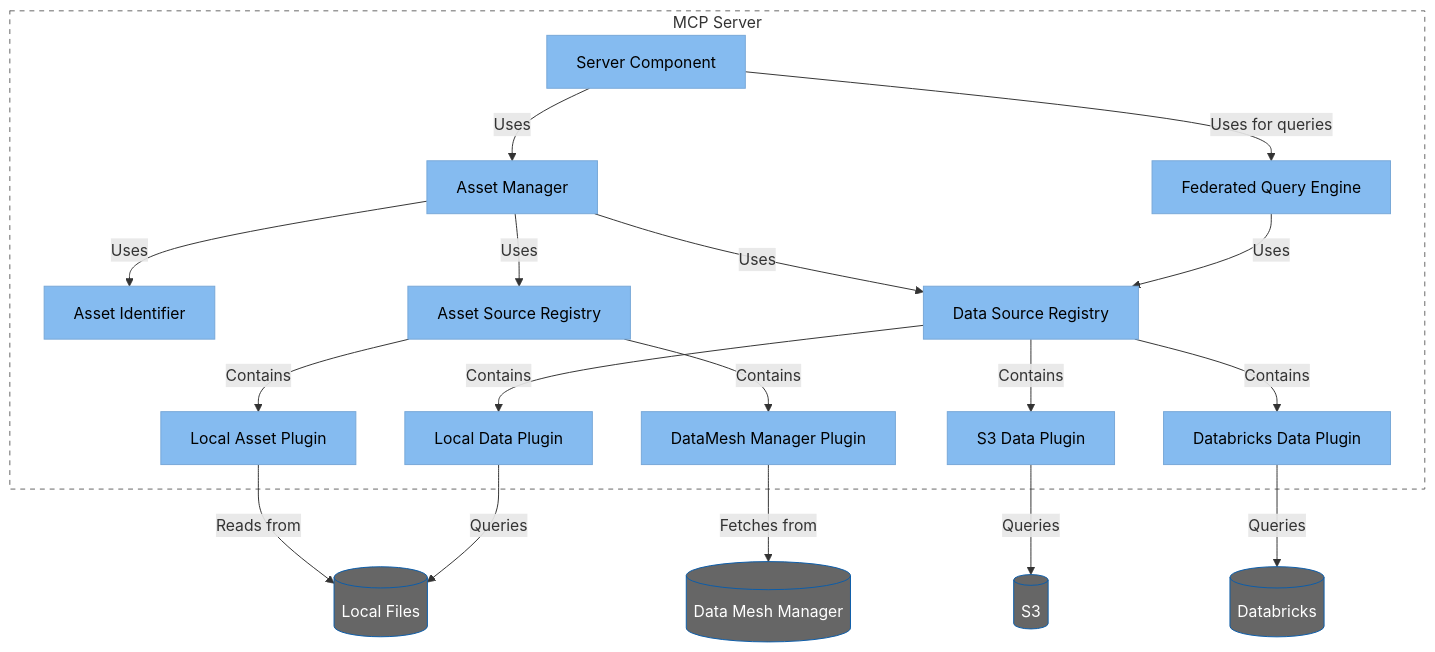
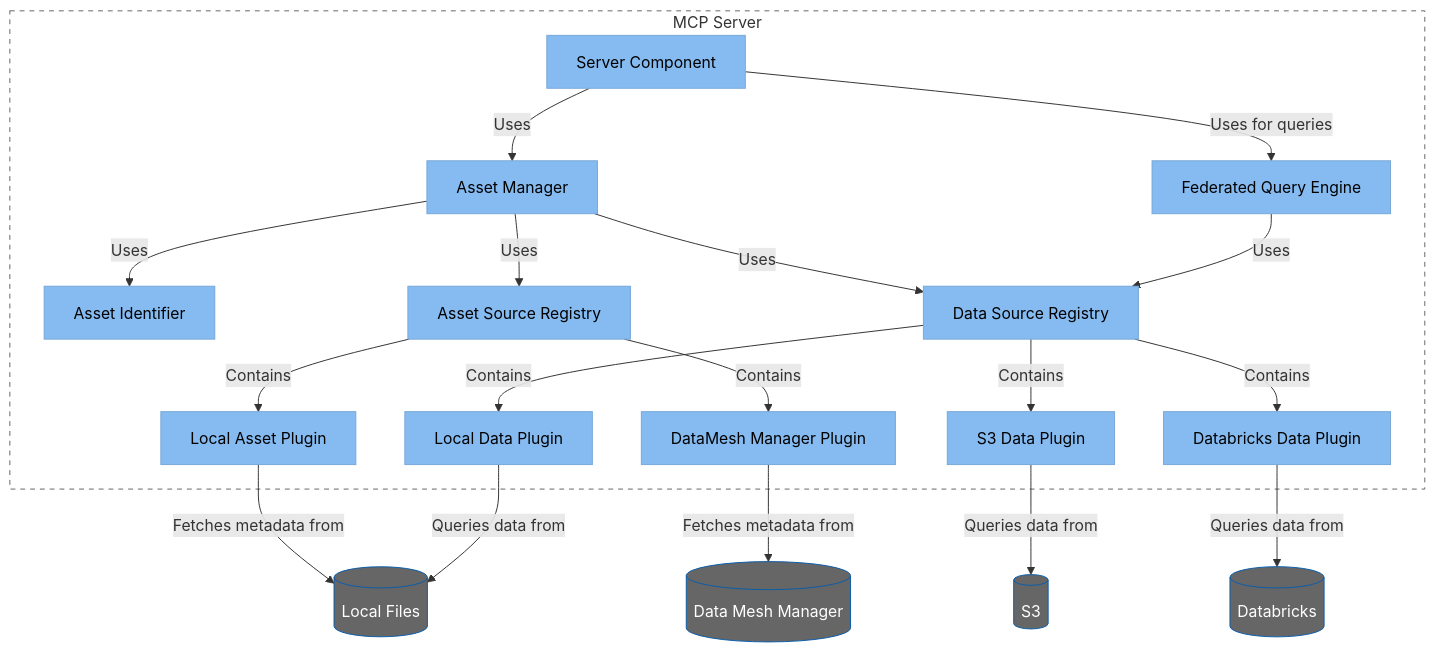
One commit to datacontract/datacontract-mcp changed the diagram in c4/component.mmd. Above: the diagram before and after it, drawn with Mermaid. The commit also changed 2 other files, not shown here.

```diff
--- a/c4/component.mmd
+++ b/c4/component.mmd
@@ -1,55 +1,55 @@
 graph TD
     %% Components
     subgraph MCPServer[MCP Server]
         Server[Server Component]
         AssetManager[Asset Manager]
         AssetIdentifier[Asset Identifier]
         FederatedQuery[Federated Query Engine]
         
         AssetSourceRegistry[Asset Source Registry]
         DataSourceRegistry[Data Source Registry]
         
         LocalAssetPlugin[Local Asset Plugin]
         DMMAssetPlugin[DataMesh Manager Plugin]
         
         LocalDataPlugin[Local Data Plugin]
         S3DataPlugin[S3 Data Plugin]
         DatabricksDataPlugin[Databricks Data Plugin]
     end
     
     %% External Systems
     LocalFiles[(Local Files)]
     S3[(S3)]
     Databricks[(Databricks)]
     DataMeshManager[(Data Mesh Manager)]
     
     %% Relationships
     Server -->|Uses| AssetManager
     Server -->|Uses for queries| FederatedQuery
     AssetManager -->|Uses| AssetIdentifier
     AssetManager -->|Uses| AssetSourceRegistry
     AssetManager -->|Uses| DataSourceRegistry
     FederatedQuery -->|Uses| DataSourceRegistry
     
     AssetSourceRegistry -->|Contains| LocalAssetPlugin
     AssetSourceRegistry -->|Contains| DMMAssetPlugin
     
     DataSourceRegistry -->|Contains| LocalDataPlugin
     DataSourceRegistry -->|Contains| S3DataPlugin
     DataSourceRegistry -->|Contains| DatabricksDataPlugin
     
-    LocalAssetPlugin -->|Reads from| LocalFiles
-    DMMAssetPlugin -->|Fetches from| DataMeshManager
-    LocalDataPlugin -->|Queries| LocalFiles
-    S3DataPlugin -->|Queries| S3
-    DatabricksDataPlugin -->|Queries| Databricks
+    LocalAssetPlugin -->|Fetches metadata from| LocalFiles
+    DMMAssetPlugin -->|Fetches metadata from| DataMeshManager
+    LocalDataPlugin -->|Queries data from| LocalFiles
+    S3DataPlugin -->|Queries data from| S3
+    DatabricksDataPlugin -->|Queries data from| Databricks
     
     %% Styling
     classDef component fill:#85BBF0,stroke:#78A8D8,color:#000
     classDef external fill:#666666,stroke:#0B5DAB,color:#fff
     classDef boundary fill:none,stroke:#666666,stroke-dasharray:5 5
     
     class Server,AssetManager,AssetIdentifier,FederatedQuery,AssetSourceRegistry,DataSourceRegistry component
     class LocalAssetPlugin,DMMAssetPlugin,LocalDataPlugin,S3DataPlugin,DatabricksDataPlugin component
     class LocalFiles,S3,Databricks,DataMeshManager external
     class MCPServer boundary
```
